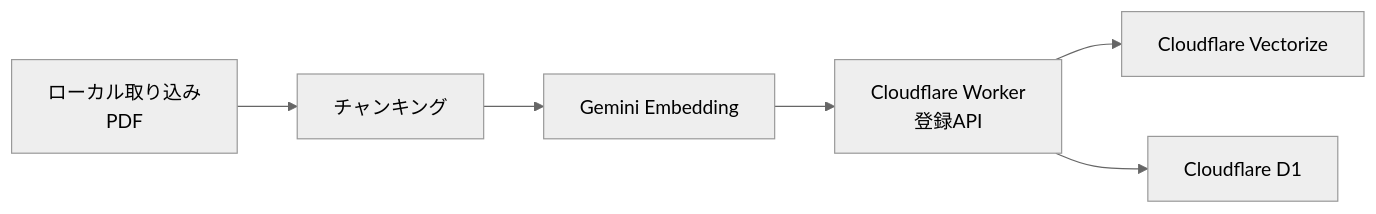
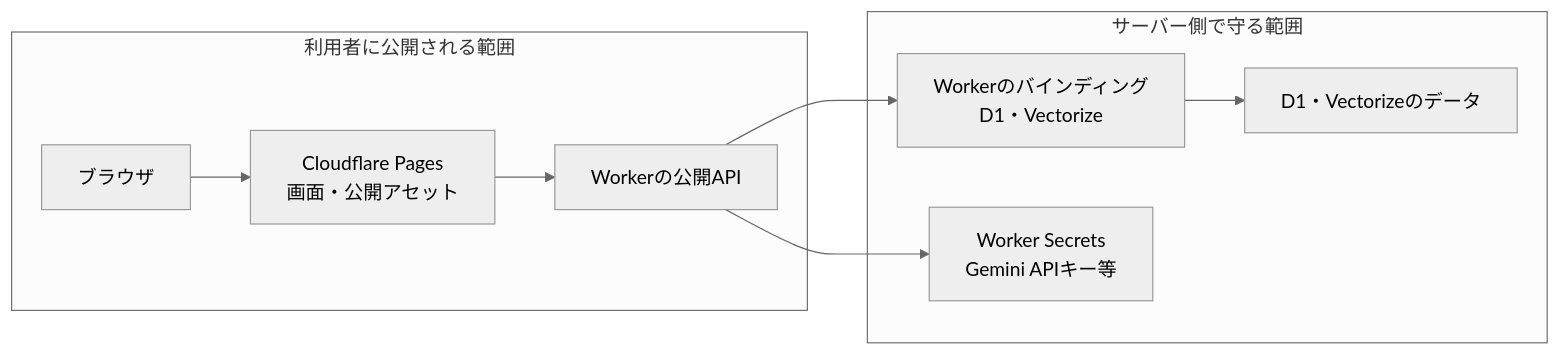
The fourth of 4 diagrams in docs/architecture.md (sea-umi/rag-portfolio), drawn with Mermaid (neutral theme) before and after one commit. The commit also changed other lines of this file, not shown here.

Commit message:
docs: add RAG architecture diagrams

````diff
--- a/docs/architecture.md
+++ b/docs/architecture.md
@@ -12,8 +84,17 @@
 ```mermaid
 flowchart LR
-  Local[ローカル取り込み\nPDF] --> Chunk[チャンキング]
-  Chunk --> Embed[Gemini Embedding]
-  Embed --> Worker2[Cloudflare Worker\n登録API]
-  Worker2 --> Vectorize2[Cloudflare Vectorize]
-  Worker2 --> D12[Cloudflare D1]
+  subgraph Public[利用者に公開される範囲]
+    Browser[ブラウザ]
+    Pages[Cloudflare Pages\n画面・公開アセット]
+    PublicAPI[Workerの公開API]
+  end
+  subgraph Private[サーバー側で守る範囲]
+    Bindings[Workerのバインディング\nD1・Vectorize]
+    Secrets[Worker Secrets\nGemini APIキー等]
+    Data[D1・Vectorizeのデータ]
+  end
+  Browser --> Pages --> PublicAPI
+  PublicAPI --> Bindings
+  PublicAPI --> Secrets
+  Bindings --> Data
 ```
````
